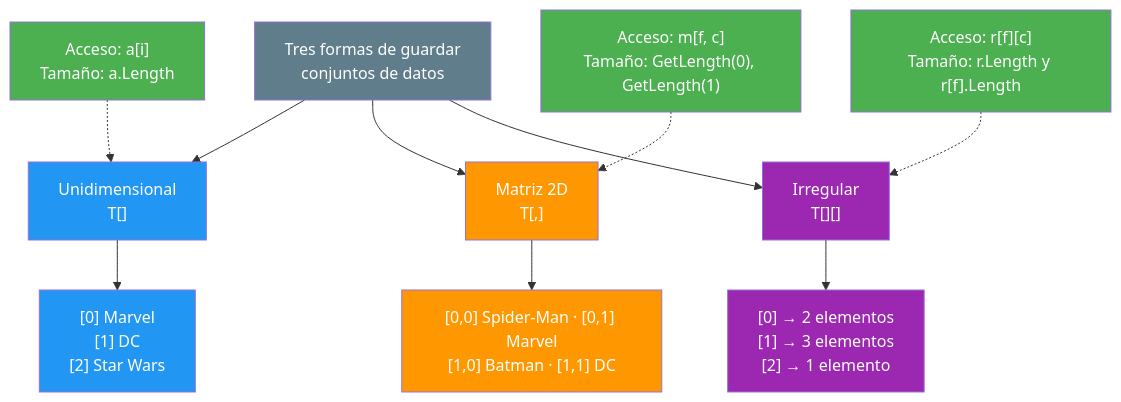
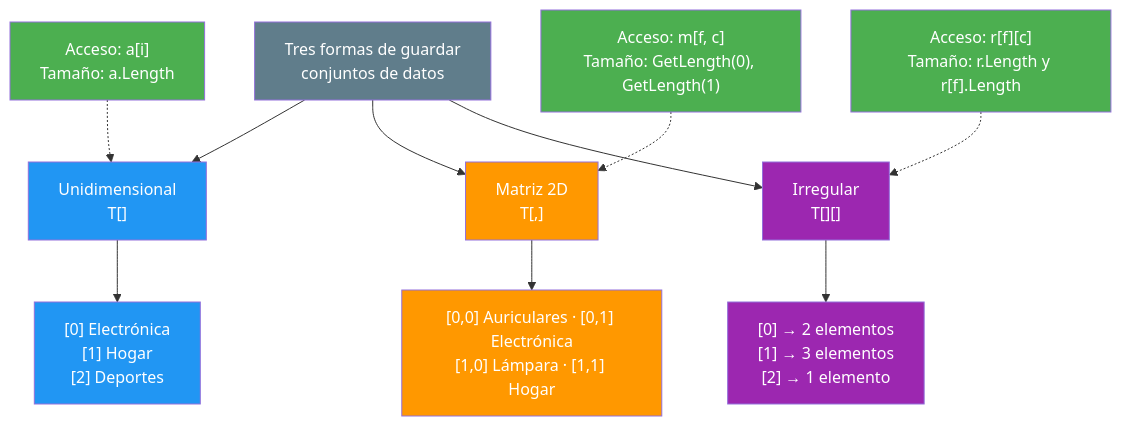
One commit to joseluisgs/DesarrolloWebEntornosServidor-03-2026-2027 changed the fourth of 4 diagrams in 03-estructuras-control.md. Above: the diagram before and after it, drawn with Mermaid. The commit also changed other lines of this file, not shown here.

Commit message:
fix: revisar 03 segun el esquema de UD02: Resumen sin diagrama, sin citas RA/CCEE y Reto autocontenido con Funkos

````diff
--- a/03-estructuras-control.md
+++ b/03-estructuras-control.md
@@ -433,25 +437,25 @@
 ```mermaid
 graph TD
     A["Tres formas de guardar<br/>conjuntos de datos"] --> B["Unidimensional<br/>T[]"]
     A --> C["Matriz 2D<br/>T[,]"]
     A --> D["Irregular<br/>T[][]"]
 
-    B --> B0["[0] Marvel<br/>[1] DC<br/>[2] Star Wars"]
-    C --> C0["[0,0] Spider-Man · [0,1] Marvel<br/>[1,0] Batman · [1,1] DC"]
+    B --> B0["[0] Electrónica<br/>[1] Hogar<br/>[2] Deportes"]
+    C --> C0["[0,0] Auriculares · [0,1] Electrónica<br/>[1,0] Lámpara · [1,1] Hogar"]
     D --> D0["[0] → 2 elementos<br/>[1] → 3 elementos<br/>[2] → 1 elemento"]
 
     B1["Acceso: a[i]<br/>Tamaño: a.Length"] -.-> B
     C1["Acceso: m[f, c]<br/>Tamaño: GetLength(0), GetLength(1)"] -.-> C
     D1["Acceso: r[f][c]<br/>Tamaño: r.Length y r[f].Length"] -.-> D
 
     style A fill:#607D8B,color:#fff
     style B fill:#2196F3,color:#fff
     style C fill:#FF9800,color:#fff
     style D fill:#9C27B0,color:#fff
     style B0 fill:#2196F3,color:#fff
     style C0 fill:#FF9800,color:#fff
     style D0 fill:#9C27B0,color:#fff
     style B1 fill:#4CAF50,color:#fff
     style C1 fill:#4CAF50,color:#fff
     style D1 fill:#4CAF50,color:#fff
 ```
````
